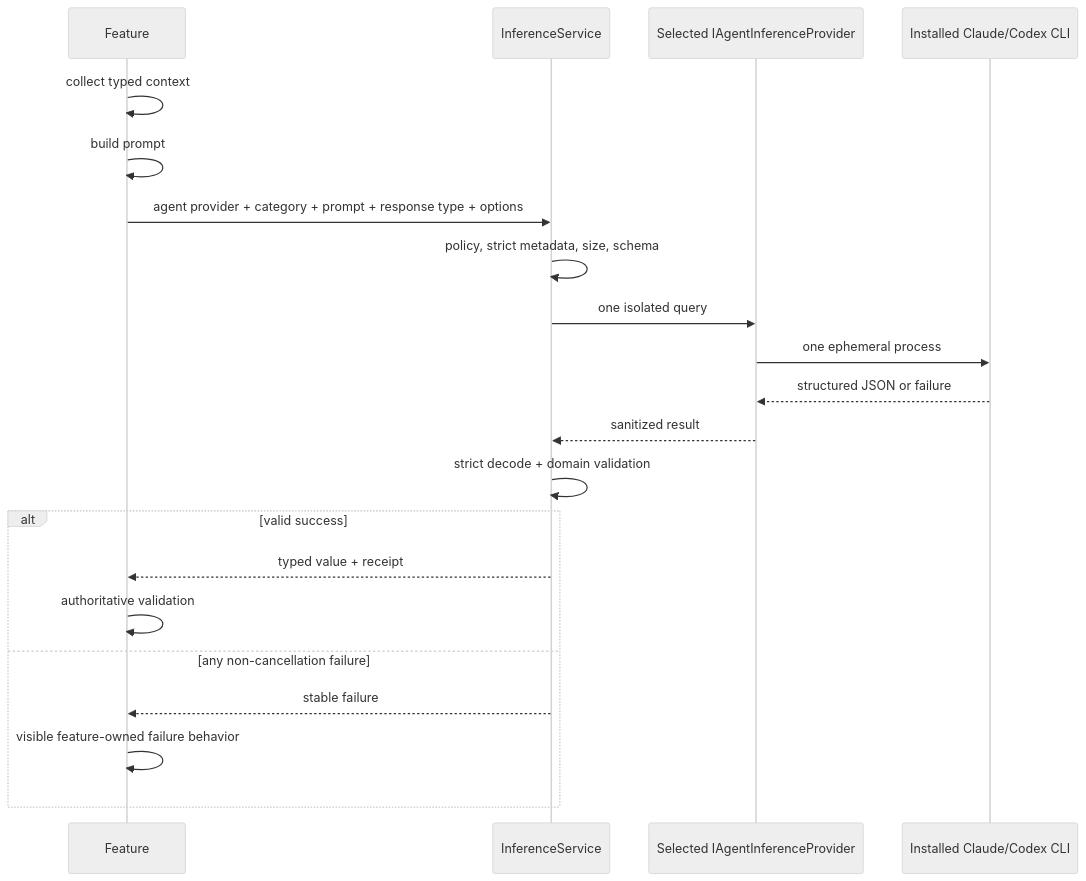
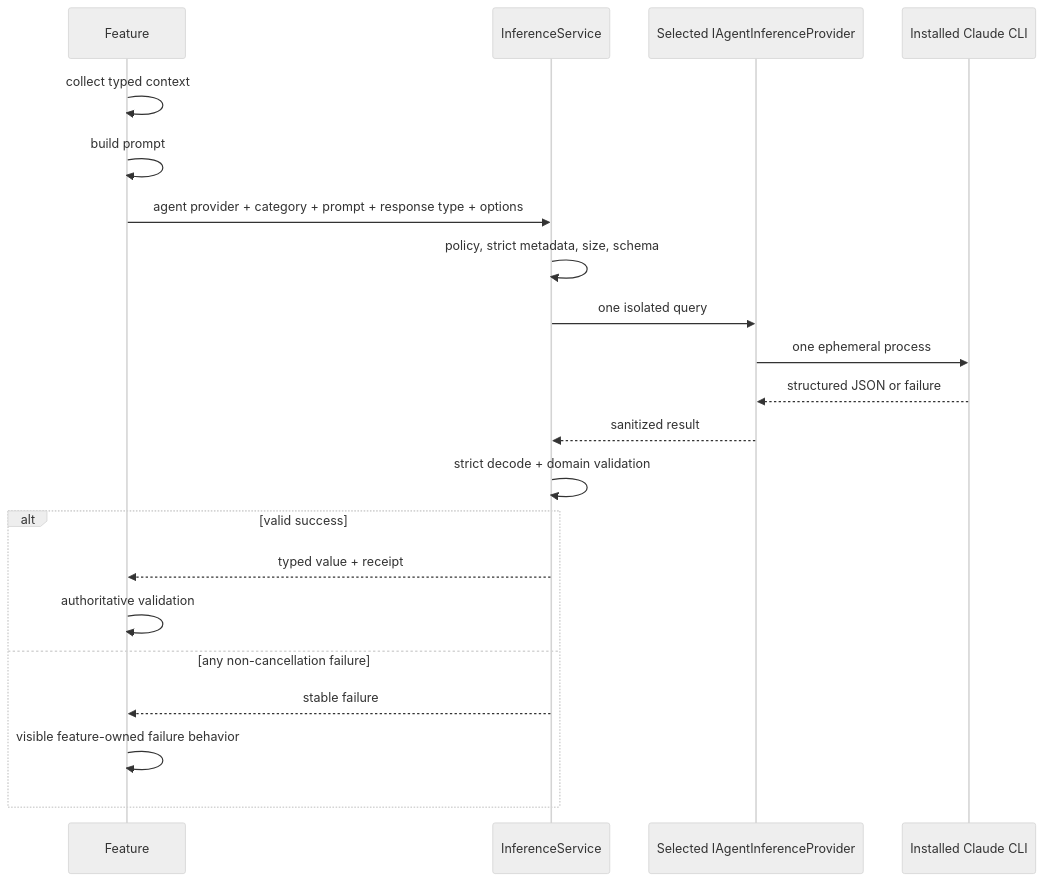
Before and after one commit to Kapps/weavie: the diagram in docs/specs/ad-hoc-inference.md, drawn with Mermaid (neutral theme). The commit also changed other lines of this file and 255 other files, not shown here.

````diff
--- a/docs/specs/ad-hoc-inference.md
+++ b/docs/specs/ad-hoc-inference.md
@@ -116,24 +109,24 @@
 ```mermaid
 sequenceDiagram
     participant F as Feature
     participant S as InferenceService
     participant A as Selected IAgentInferenceProvider
-    participant C as Installed Claude/Codex CLI
+    participant C as Installed Claude CLI
 
     F->>F: collect typed context
     F->>F: build prompt
     F->>S: agent provider + category + prompt + response type + options
     S->>S: policy, strict metadata, size, schema
     S->>A: one isolated query
     A->>C: one ephemeral process
     C-->>A: structured JSON or failure
     A-->>S: sanitized result
     S->>S: strict decode + domain validation
     alt valid success
         S-->>F: typed value + receipt
         F->>F: authoritative validation
     else any non-cancellation failure
         S-->>F: stable failure
         F->>F: visible feature-owned failure behavior
     end
 ```
````
